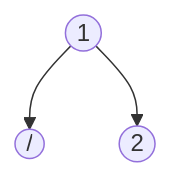
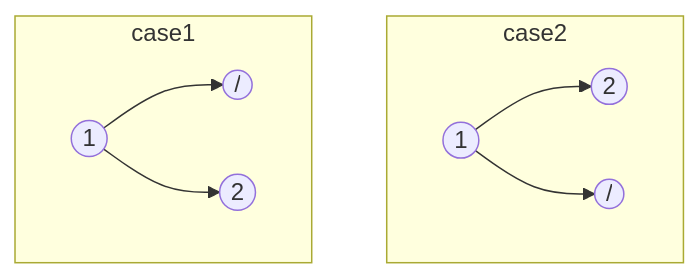
One commit to piyush-mishra-pm/Notes-Coding changed the third of 3 diagrams in Contents/Algo-Expert/All.md. Above: the diagram before and after it, drawn with Mermaid. The commit also changed other lines of this file, not shown here.

````diff
--- a/Contents/Algo-Expert/All.md
+++ b/Contents/Algo-Expert/All.md
@@ -909,5 +909,11 @@
 ```mermaid
 graph TB;
+	subgraph case2
+	D((1))-->E((2))
+    D-->F((/))
+	end
+	subgraph case1
     A((1))-->B((/))
     A-->C((2))
+	end
 ```
````
